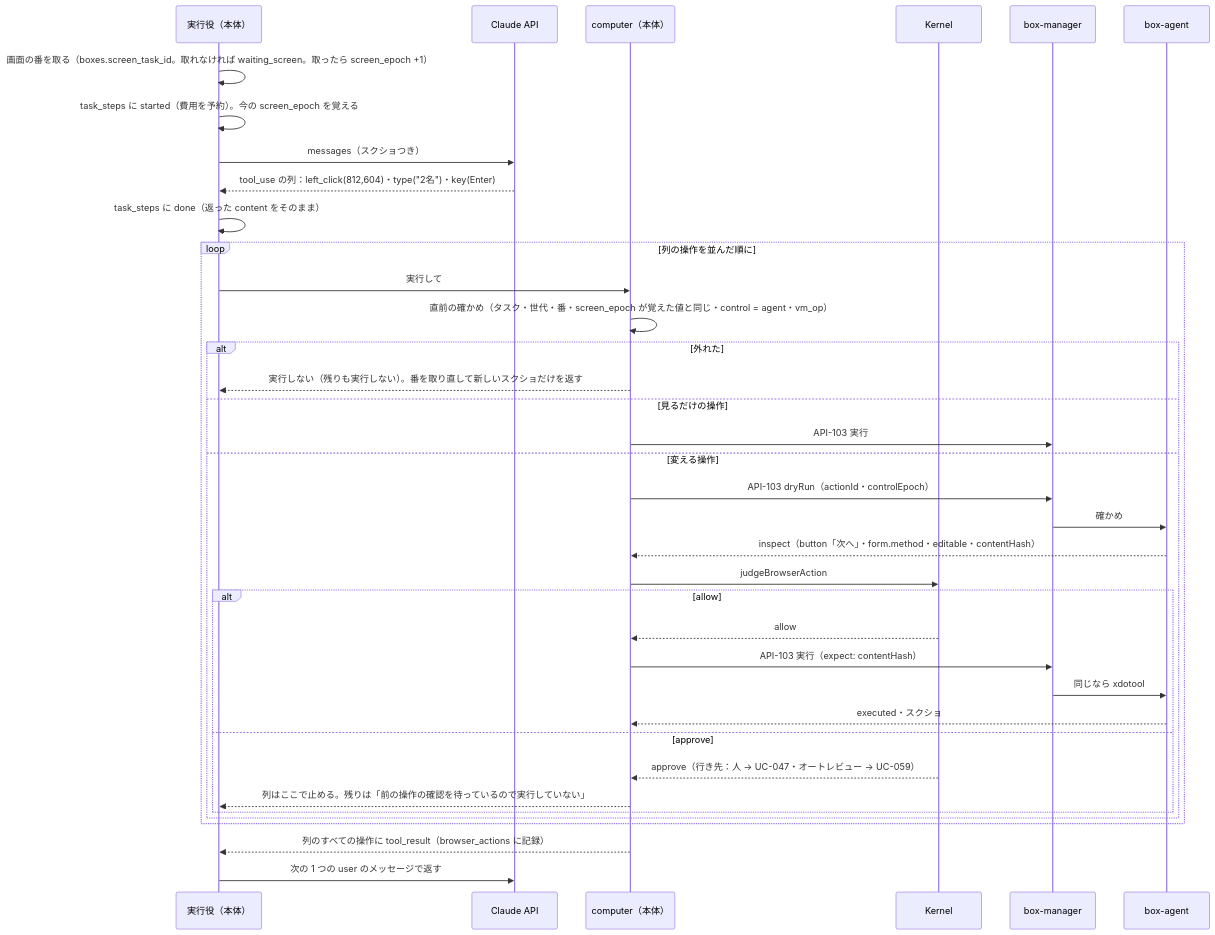
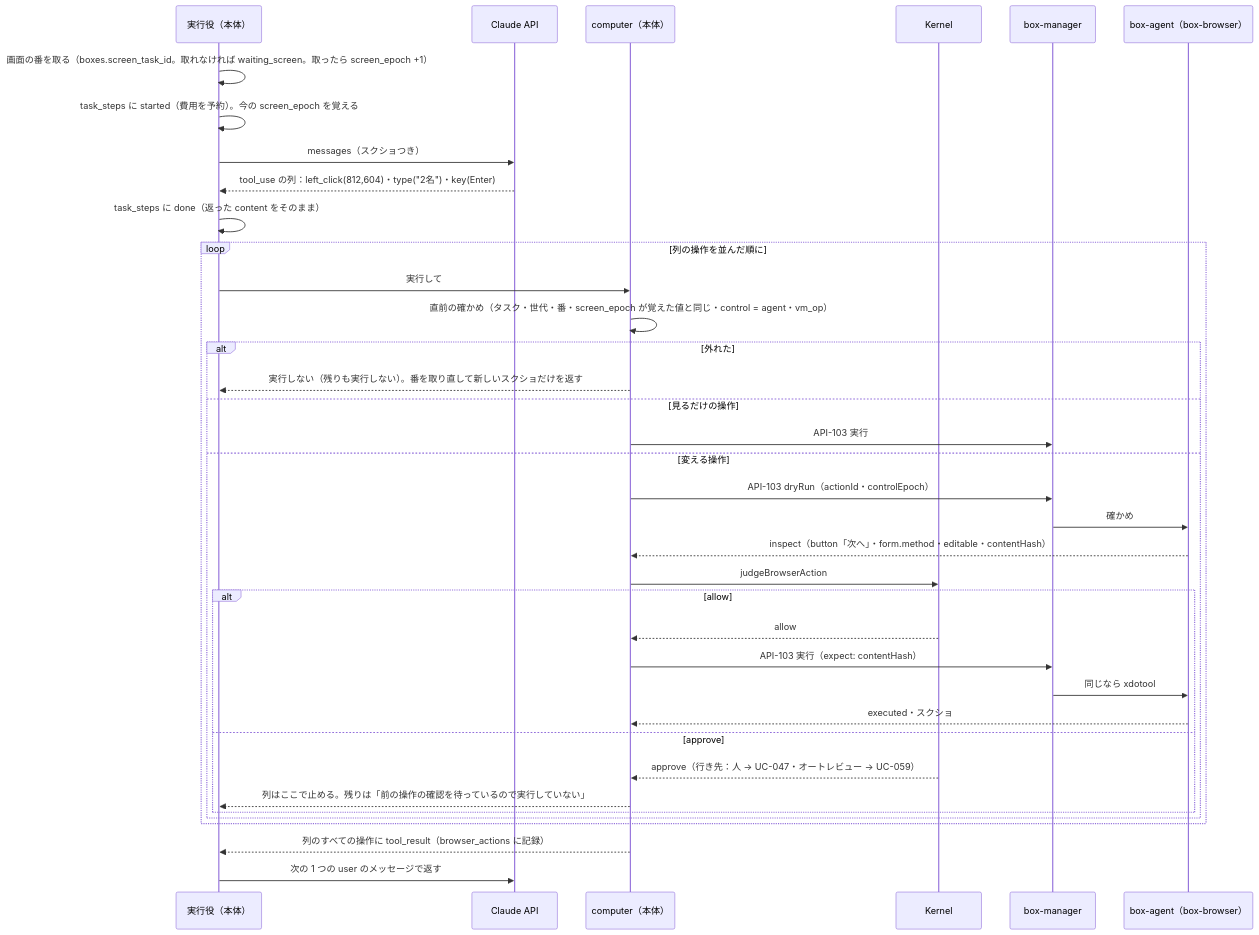
Before and after one commit to itiwoja/agent-team: the eighth of 13 diagrams in docs/design/10_diagrams/sequences.md, drawn with Mermaid. The commit also changed other lines of this file and 34 other files, not shown here.

````diff
--- a/docs/design/10_diagrams/sequences.md
+++ b/docs/design/10_diagrams/sequences.md
@@ -168,39 +172,39 @@
 ```mermaid
 sequenceDiagram
  participant R as 実行役（本体）
  participant C as Claude API
  participant CU as computer（本体）
  participant K as Kernel
  participant BM as box-manager
- participant B as box-agent
+ participant B as box-agent（box-browser）
  R->>R: 画面の番を取る（boxes.screen_task_id。取れなければ waiting_screen。取ったら screen_epoch +1）
  R->>R: task_steps に started（費用を予約）。今の screen_epoch を覚える
  R->>C: messages（スクショつき）
  C-->>R: tool_use の列：left_click(812,604)・type("2名")・key(Enter)
  R->>R: task_steps に done（返った content をそのまま）
  loop 列の操作を並んだ順に
   R->>CU: 実行して
   CU->>CU: 直前の確かめ（タスク・世代・番・screen_epoch が覚えた値と同じ・control = agent・vm_op）
   alt 外れた
    CU-->>R: 実行しない（残りも実行しない）。番を取り直して新しいスクショだけを返す
   else 見るだけの操作
    CU->>BM: API-103 実行
   else 変える操作
    CU->>BM: API-103 dryRun（actionId・controlEpoch）
    BM->>B: 確かめ
    B-->>CU: inspect（button「次へ」・form.method・editable・contentHash）
    CU->>K: judgeBrowserAction
    alt allow
     K-->>CU: allow
     CU->>BM: API-103 実行（expect: contentHash）
     BM->>B: 同じなら xdotool
     B-->>CU: executed・スクショ
    else approve
     K-->>CU: approve（行き先：人 → UC-047・オートレビュー → UC-059）
     CU-->>R: 列はここで止める。残りは「前の操作の確認を待っているので実行していない」
    end
   end
  end
  CU-->>R: 列のすべての操作に tool_result（browser_actions に記録）
  R->>C: 次の 1 つの user のメッセージで返す
 ```
````
